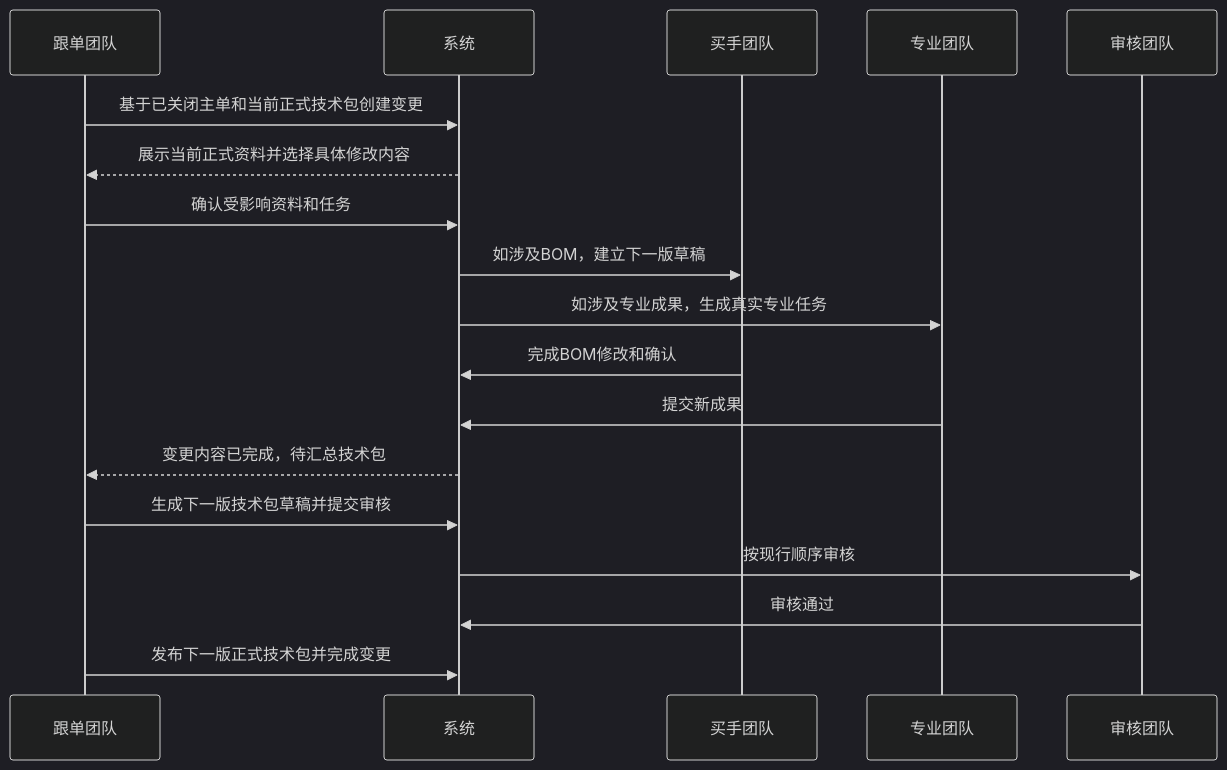
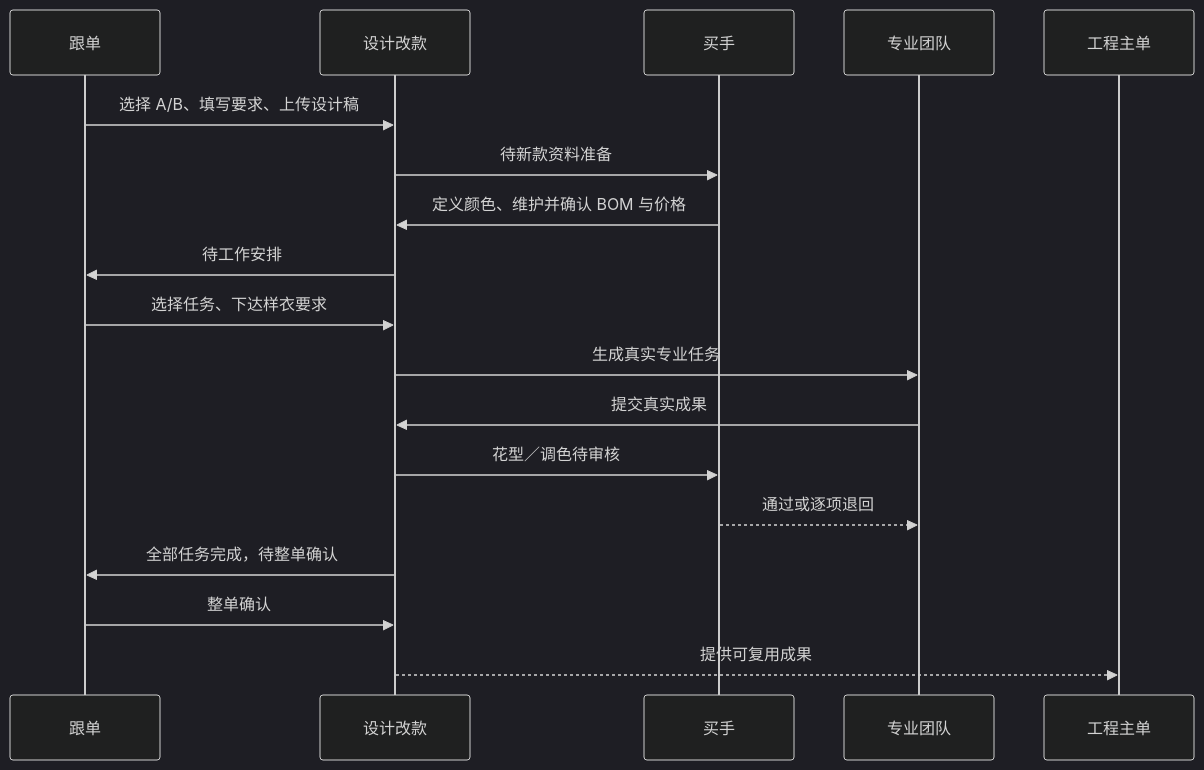
The third of 3 diagrams in docs/product-design/PCS生产工程管理产品需求说明书.md (laoertongxue/higoods), drawn with Mermaid (dark theme) before and after one commit. The commit also changed other lines of this file and 156 other files, not shown here.

````diff
--- a/docs/product-design/PCS生产工程管理产品需求说明书.md
+++ b/docs/product-design/PCS生产工程管理产品需求说明书.md
@@ -760,21 +278,20 @@
-```mermaid
+~~~mermaid
 sequenceDiagram
-    participant 跟单团队
-    participant 系统
-    participant 买手团队
-    participant 专业团队
-    participant 审核团队
-
-    跟单团队->>系统: 基于已关闭主单和当前正式技术包创建变更
-    系统-->>跟单团队: 展示当前正式资料并选择具体修改内容
-    跟单团队->>系统: 确认受影响资料和任务
-    系统->>买手团队: 如涉及BOM，建立下一版草稿
-    系统->>专业团队: 如涉及专业成果，生成真实专业任务
-    买手团队->>系统: 完成BOM修改和确认
-    专业团队->>系统: 提交新成果
-    系统-->>跟单团队: 变更内容已完成，待汇总技术包
-    跟单团队->>系统: 生成下一版技术包草稿并提交审核
-    系统->>审核团队: 按现行顺序审核
-    审核团队->>系统: 审核通过
-    跟单团队->>系统: 发布下一版正式技术包并完成变更
-```
+  participant 跟单
+  participant 设计改款
+  participant 买手
+  participant 专业团队
+  participant 工程主单
+  跟单->>设计改款: 选择 A/B、填写要求、上传设计稿
+  设计改款->>买手: 待新款资料准备
+  买手->>设计改款: 定义颜色、维护并确认 BOM 与价格
+  设计改款->>跟单: 待工作安排
+  跟单->>设计改款: 选择任务、下达样衣要求
+  设计改款->>专业团队: 生成真实专业任务
+  专业团队->>设计改款: 提交真实成果
+  设计改款->>买手: 花型／调色待审核
+  买手-->>专业团队: 通过或逐项退回
+  设计改款->>跟单: 全部任务完成，待整单确认
+  跟单->>设计改款: 整单确认
+  设计改款-->>工程主单: 提供可复用成果
+~~~
````
